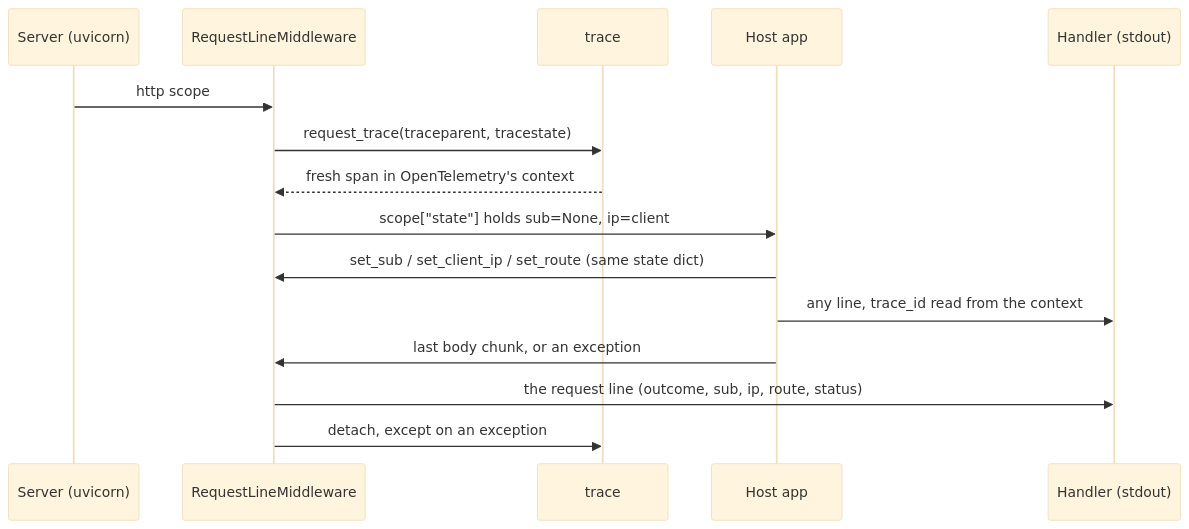
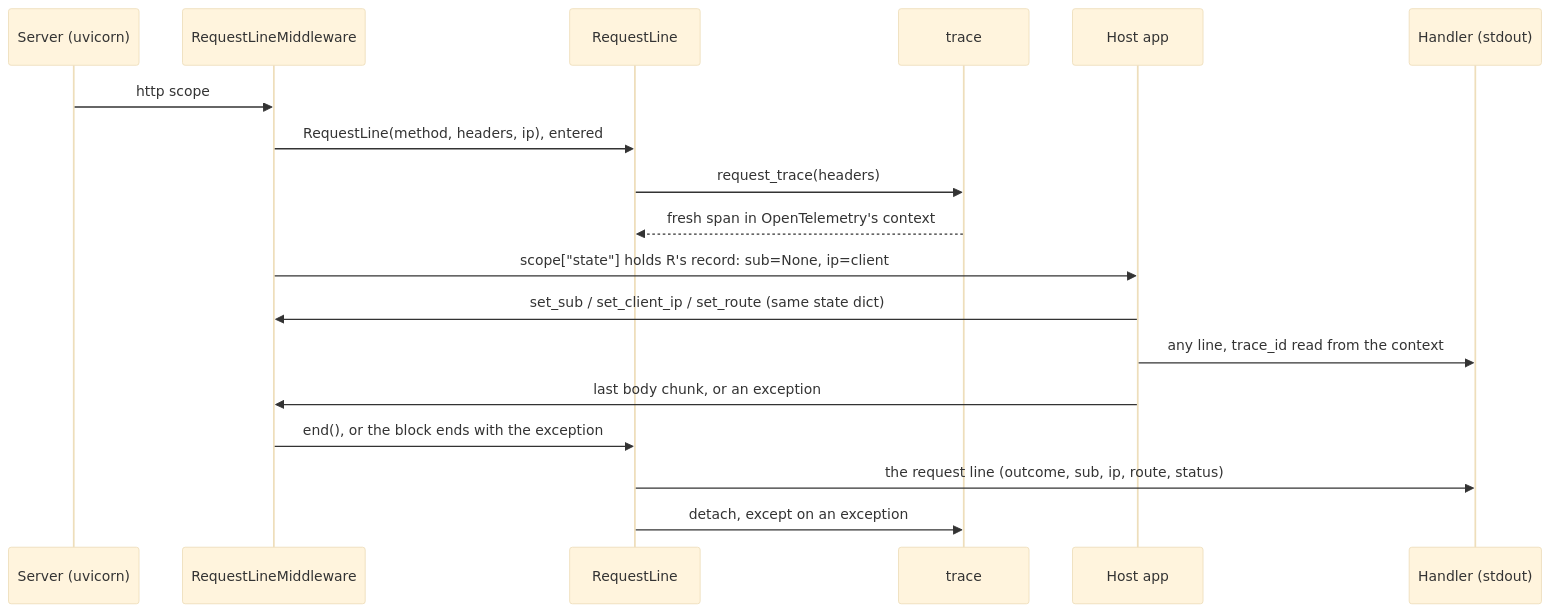
Before and after one commit to overnightworks/logline: the second of 2 diagrams in docs/ARCHITECTURE.md, drawn with Mermaid (base theme). The commit also changed other lines of this file and 7 other files, not shown here.

First line of the commit message:
Add RequestLine, the request line for a host without ASGI (#101)

````diff
--- a/docs/ARCHITECTURE.md
+++ b/docs/ARCHITECTURE.md
@@ -79,17 +82,20 @@
 ```mermaid
 sequenceDiagram
     participant S as Server (uvicorn)
     participant M as RequestLineMiddleware
+    participant R as RequestLine
     participant T as trace
     participant A as Host app
     participant L as Handler (stdout)
     S->>M: http scope
-    M->>T: request_trace(traceparent, tracestate)
-    T-->>M: fresh span in OpenTelemetry's context
-    M->>A: scope["state"] holds sub=None, ip=client
+    M->>R: RequestLine(method, headers, ip), entered
+    R->>T: request_trace(headers)
+    T-->>R: fresh span in OpenTelemetry's context
+    M->>A: scope["state"] holds R's record: sub=None, ip=client
     A->>M: set_sub / set_client_ip / set_route (same state dict)
     A->>L: any line, trace_id read from the context
     A->>M: last body chunk, or an exception
-    M->>L: the request line (outcome, sub, ip, route, status)
-    M->>T: detach, except on an exception
+    M->>R: end(), or the block ends with the exception
+    R->>L: the request line (outcome, sub, ip, route, status)
+    R->>T: detach, except on an exception
 ```
````
